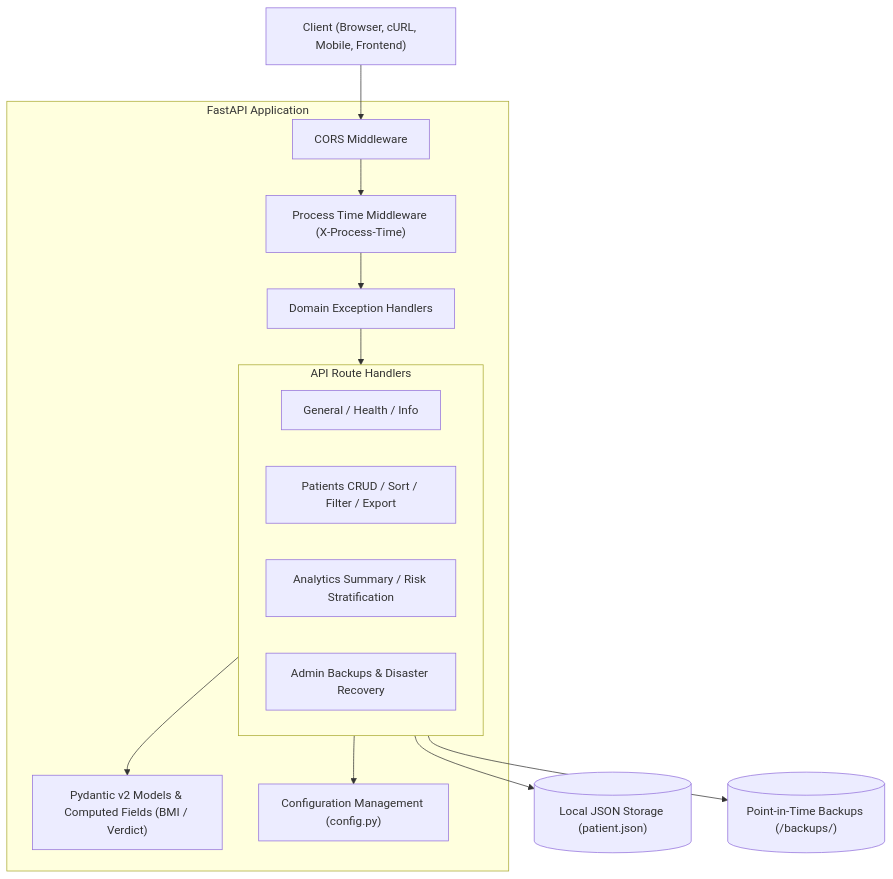
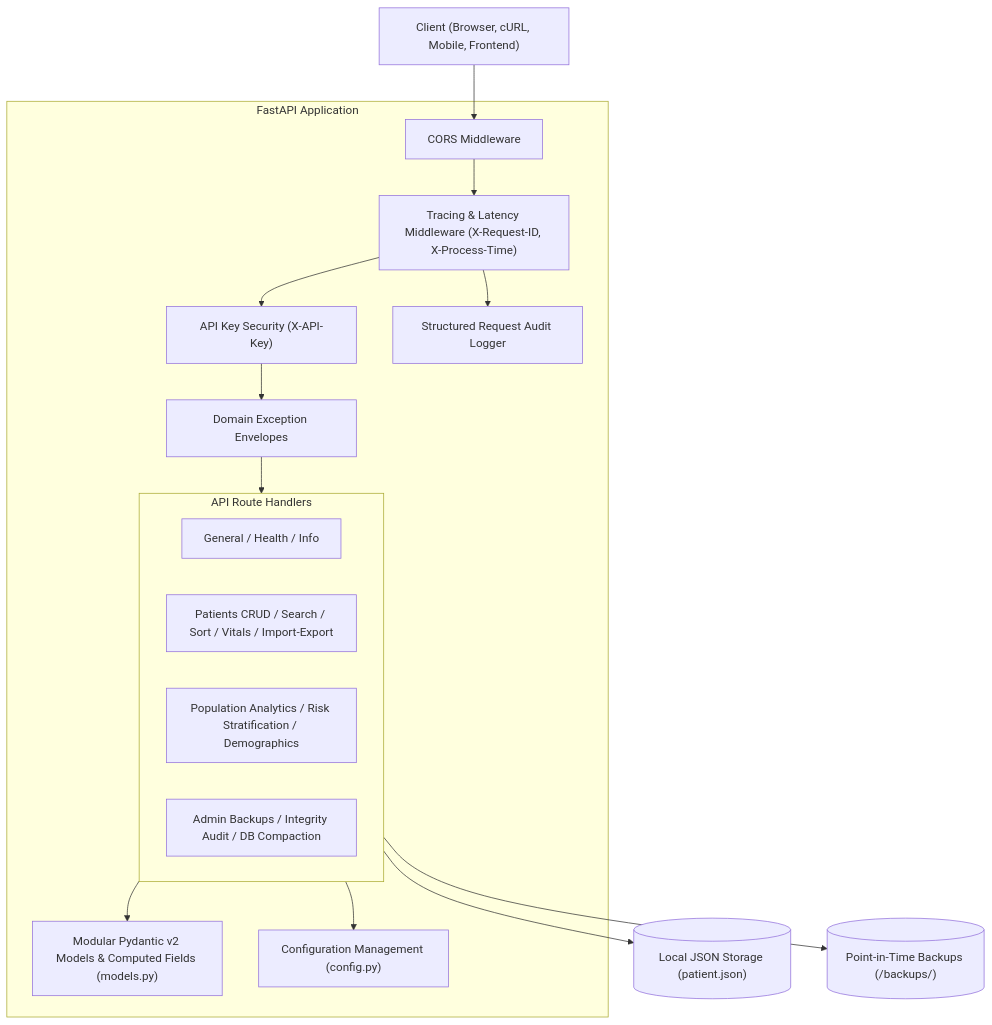
Before and after one commit to ekta1912/FastApi: the diagram in README.md, drawn with Mermaid. The commit also changed other lines of this file, not shown here.

Commit message:
docs: update documentation with new endpoints, authentication guide, and architecture diagrams

````diff
--- a/README.md
+++ b/README.md
@@ -16,32 +16,36 @@
 ```mermaid
 flowchart TD
     Client["Client (Browser, cURL, Mobile, Frontend)"]
     
     subgraph FastAPI App ["FastAPI Application"]
         CORS["CORS Middleware"]
-        Timer["Process Time Middleware (X-Process-Time)"]
-        Exc["Domain Exception Handlers"]
+        Tracing["Tracing & Latency Middleware (X-Request-ID, X-Process-Time)"]
+        SecurityLayer["API Key Security (X-API-Key)"]
+        Exc["Domain Exception Envelopes"]
         
         subgraph Endpoints ["API Route Handlers"]
             General["General / Health / Info"]
-            Patients["Patients CRUD / Sort / Filter / Export"]
-            Analytics["Analytics Summary / Risk Stratification"]
-            Admin["Admin Backups & Disaster Recovery"]
+            Patients["Patients CRUD / Search / Sort / Vitals / Import-Export"]
+            Analytics["Population Analytics / Risk Stratification / Demographics"]
+            Admin["Admin Backups / Integrity Audit / DB Compaction"]
         end
         
-        Pydantic["Pydantic v2 Models & Computed Fields (BMI / Verdict)"]
+        Models["Modular Pydantic v2 Models & Computed Fields (models.py)"]
         Config["Configuration Management (config.py)"]
+        AuditLog["Structured Request Audit Logger"]
     end
     
     Storage[("Local JSON Storage (patient.json)")]
     Backups[("Point-in-Time Backups (/backups/)")]
     
     Client --> CORS
-    CORS --> Timer
-    Timer --> Exc
+    CORS --> Tracing
+    Tracing --> AuditLog
+    Tracing --> SecurityLayer
+    SecurityLayer --> Exc
     Exc --> Endpoints
-    Endpoints --> Pydantic
+    Endpoints --> Models
     Endpoints --> Config
     Endpoints --> Storage
     Endpoints --> Backups
 ```
````
